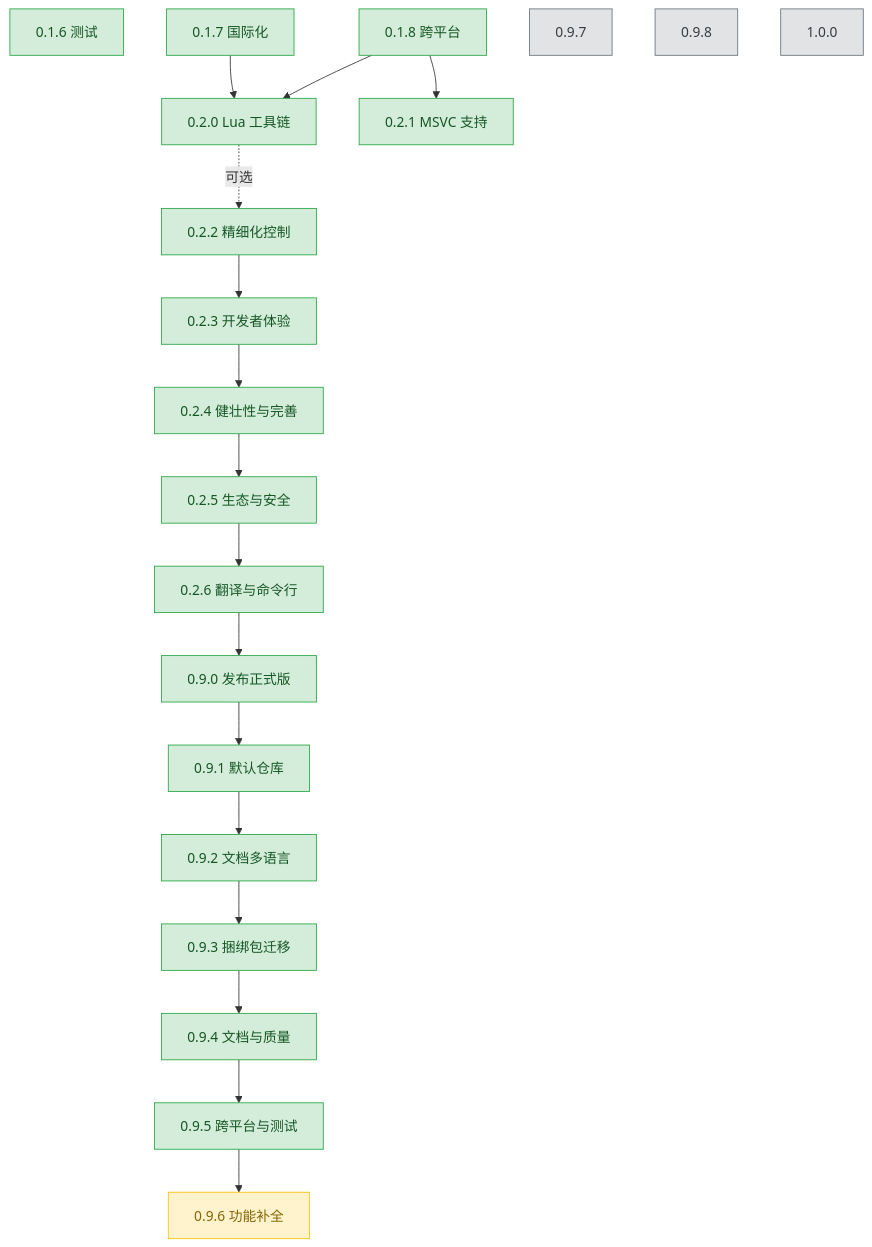
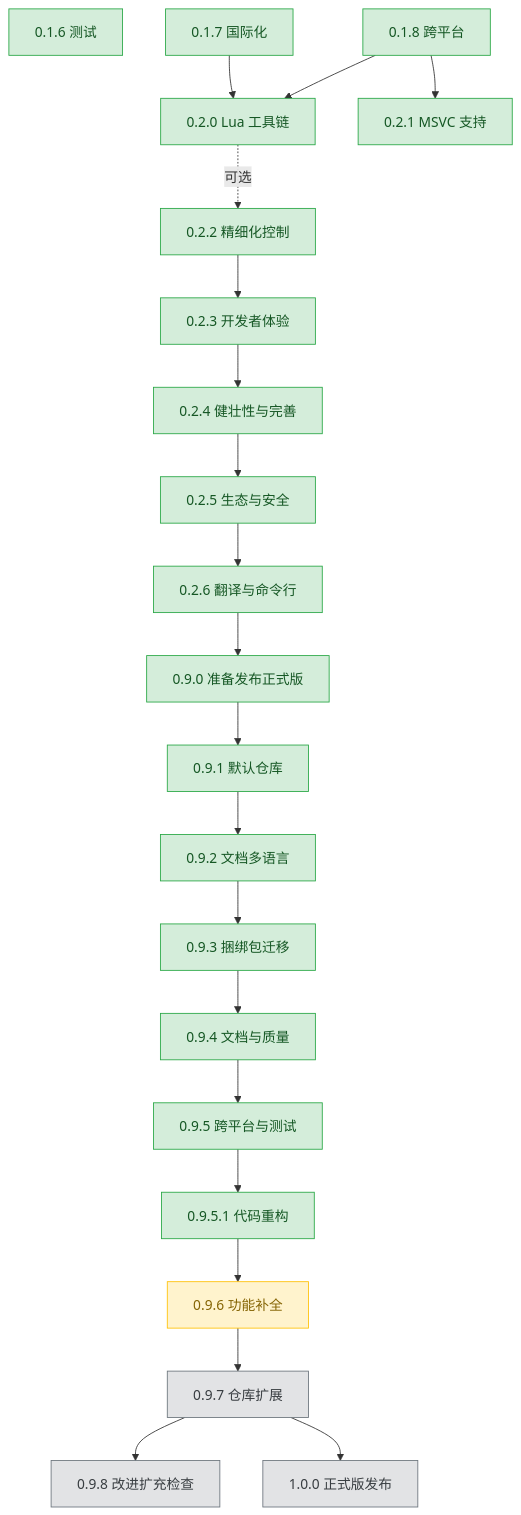
The diagram in plans/README.md (3667808244/EazyMake), drawn with Mermaid before and after one commit. The commit also changed other lines of this file and 25 other files, not shown here.

````diff
--- a/plans/README.md
+++ b/plans/README.md
@@ -65,47 +67,52 @@
 ```mermaid
 graph TD
     v016["0.1.6 测试"]
     v017["0.1.7 国际化"]
     v018["0.1.8 跨平台"]
     v020["0.2.0 Lua 工具链"]
     v021["0.2.1 MSVC 支持"]
     v022["0.2.2 精细化控制"]
     v023["0.2.3 开发者体验"]
     v024["0.2.4 健壮性与完善"]
     v025["0.2.5 生态与安全"]
     v026["0.2.6 翻译与命令行"]
-    v090["0.9.0 发布正式版"]
+    v090["0.9.0 准备发布正式版"]
     v091["0.9.1 默认仓库"]
     v092["0.9.2 文档多语言"]
     v093["0.9.3 捆绑包迁移"]
     v094["0.9.4 文档与质量"]
     v095["0.9.5 跨平台与测试"]
+    v0951["0.9.5.1 代码重构"]
     v096["0.9.6 功能补全"]
-    v097["0.9.7"]
-    v098["0.9.8"]
-    v100["1.0.0"]
+    v097["0.9.7 仓库扩展"]
+    v098["0.9.8 改进扩充检查"]
+    v100["1.0.0 正式版发布"]
 
     v018 --> v021
     v017 --> v020
     v018 --> v020
     v020 -.可选.-> v022
     v022 --> v023
     v023 --> v024
     v024 --> v025
     v025 --> v026
     v026 --> v090
     v090 --> v091
     v091 --> v092
     v092 --> v093
     v093 --> v094
     v094 --> v095
-    v095 --> v096
+    v095 --> v0951
+    v0951 --> v096
+    v096 --> v097
+    v097 --> v098
+    v097 --> v100
 
     classDef done fill:#d4edda,stroke:#28a745,color:#155724;
     classDef active fill:#fff3cd,stroke:#ffc107,color:#856404;
     classDef todo fill:#e2e3e5,stroke:#6c757d,color:#383d41;
 
-    class v016,v017,v018,v020,v021,v022,v023,v024,v025,v026,v090,v091,v092,v093,v094,v095 done;
+    class v016,v017,v018,v020,v021,v022,v023,v024,v025,v026,v090,v091,v092,v093,v094,v095,v0951 done;
     class v096 active;
     class v097,v098,v099,v100 todo;
 ```
````
